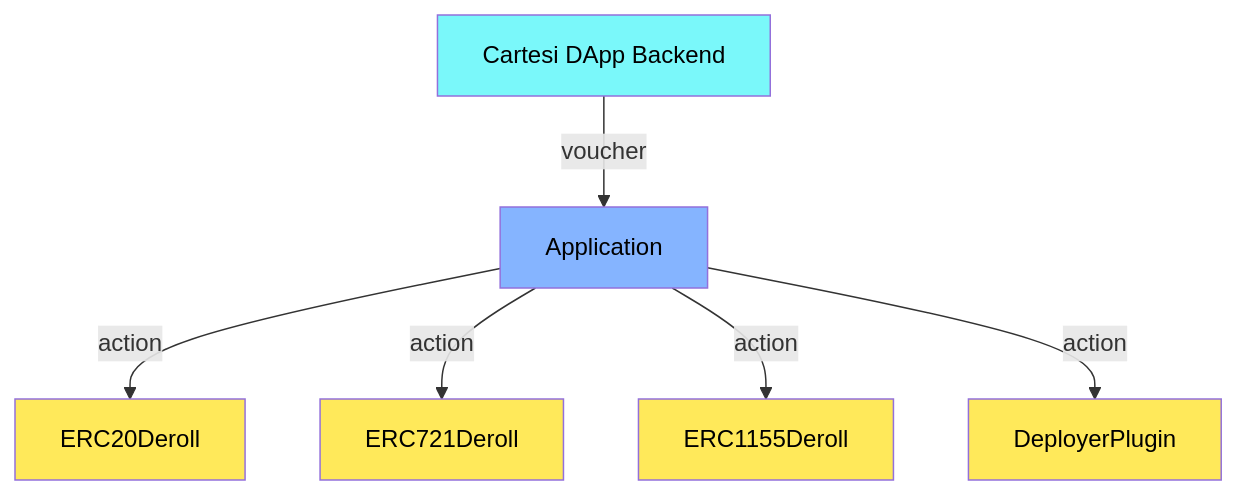
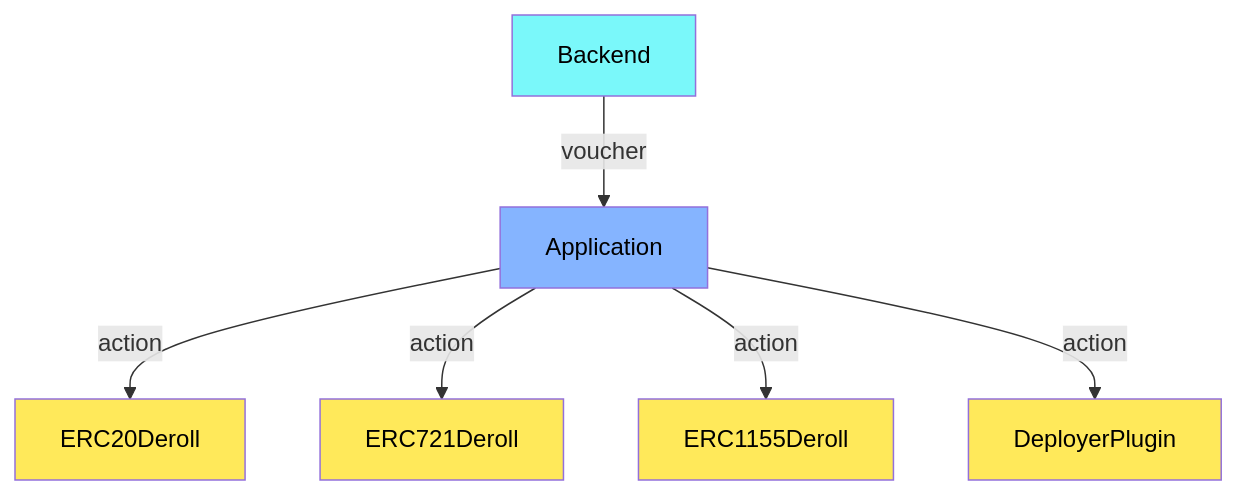
One commit to Mugen-Builders/echo-plus-deroll changed the first of 5 diagrams in contracts/README.md. Above: the diagram before and after it, drawn with Mermaid. The commit also changed other lines of this file, not shown here.

````diff
--- a/contracts/README.md
+++ b/contracts/README.md
@@ -3,20 +5,20 @@
 ```mermaid
 graph TD
     classDef core fill:#ffe95a,color:#000
     classDef master fill: #7AF8FA,color:#000
     classDef external fill:#85b4ff,color:#000
 
     ERC20Deroll:::core
     ERC721Deroll:::core
     ERC1155Deroll:::core
     DeployerPlugin:::core
     Application:::external
-    Backend[Cartesi DApp Backend]:::master
+    Backend:::master
 
     Backend -- voucher --> Application
 
     Application -- action --> ERC20Deroll
     Application -- action --> ERC721Deroll
     Application -- action --> ERC1155Deroll
     Application -- action --> DeployerPlugin
 ```
````
